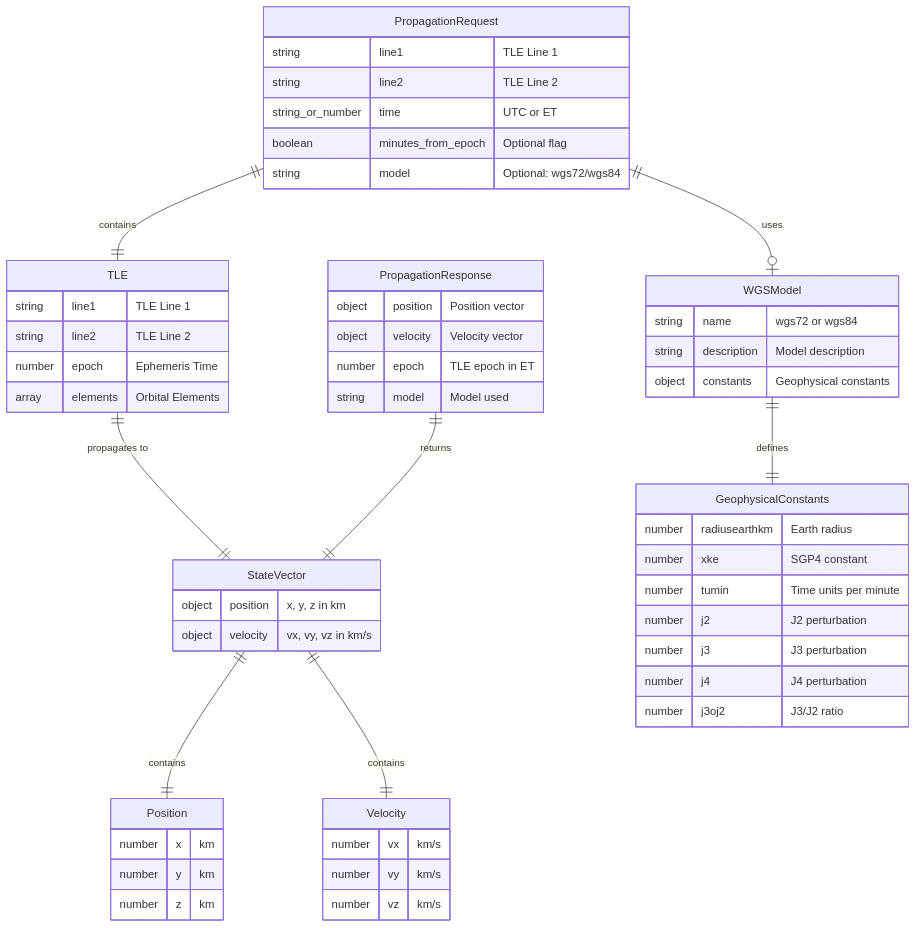
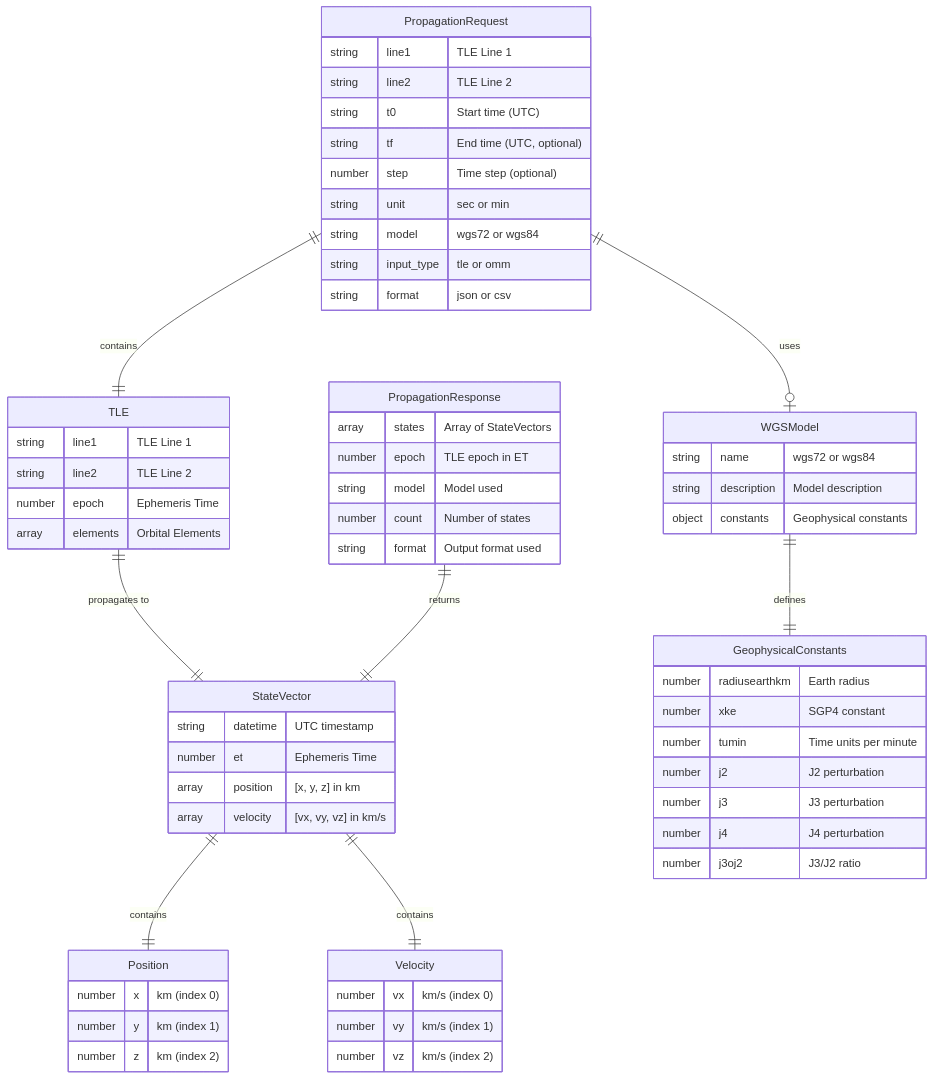
The first of 6 diagrams in docs/architecture.md (haisamido/spice), drawn with Mermaid before and after one commit. The commit also changed other lines of this file and 16 other files, not shown here.

First line of the commit message:
Added CSV output format to propagate API and test results

````diff
--- a/docs/architecture.md
+++ b/docs/architecture.md
@@ -43,65 +43,72 @@
 ```mermaid
 erDiagram
     TLE {
         string line1 "TLE Line 1"
         string line2 "TLE Line 2"
         number epoch "Ephemeris Time"
         array elements "Orbital Elements"
     }
 
     StateVector {
-        object position "x, y, z in km"
-        object velocity "vx, vy, vz in km/s"
+        string datetime "UTC timestamp"
+        number et "Ephemeris Time"
+        array position "[x, y, z] in km"
+        array velocity "[vx, vy, vz] in km/s"
     }
 
     Position {
-        number x "km"
-        number y "km"
-        number z "km"
+        number x "km (index 0)"
+        number y "km (index 1)"
+        number z "km (index 2)"
     }
 
     Velocity {
-        number vx "km/s"
-        number vy "km/s"
-        number vz "km/s"
+        number vx "km/s (index 0)"
+        number vy "km/s (index 1)"
+        number vz "km/s (index 2)"
     }
 
     WGSModel {
         string name "wgs72 or wgs84"
         string description "Model description"
         object constants "Geophysical constants"
     }
 
     GeophysicalConstants {
         number radiusearthkm "Earth radius"
         number xke "SGP4 constant"
         number tumin "Time units per minute"
         number j2 "J2 perturbation"
         number j3 "J3 perturbation"
         number j4 "J4 perturbation"
         number j3oj2 "J3/J2 ratio"
     }
 
     PropagationRequest {
         string line1 "TLE Line 1"
         string line2 "TLE Line 2"
-        string_or_number time "UTC or ET"
-        boolean minutes_from_epoch "Optional flag"
-        string model "Optional: wgs72/wgs84"
+        string t0 "Start time (UTC)"
+        string tf "End time (UTC, optional)"
+        number step "Time step (optional)"
+        string unit "sec or min"
+        string model "wgs72 or wgs84"
+        string input_type "tle or omm"
+        string format "json or csv"
     }
 
     PropagationResponse {
-        object position "Position vector"
-        object velocity "Velocity vector"
+        array states "Array of StateVectors"
         number epoch "TLE epoch in ET"
         string model "Model used"
+        number count "Number of states"
+        string format "Output format used"
     }
 
     TLE ||--|| StateVector : "propagates to"
     StateVector ||--|| Position : "contains"
     StateVector ||--|| Velocity : "contains"
     WGSModel ||--|| GeophysicalConstants : "defines"
     PropagationRequest ||--|| TLE : "contains"
     PropagationRequest ||--o| WGSModel : "uses"
     PropagationResponse ||--|| StateVector : "returns"
 ```
````
